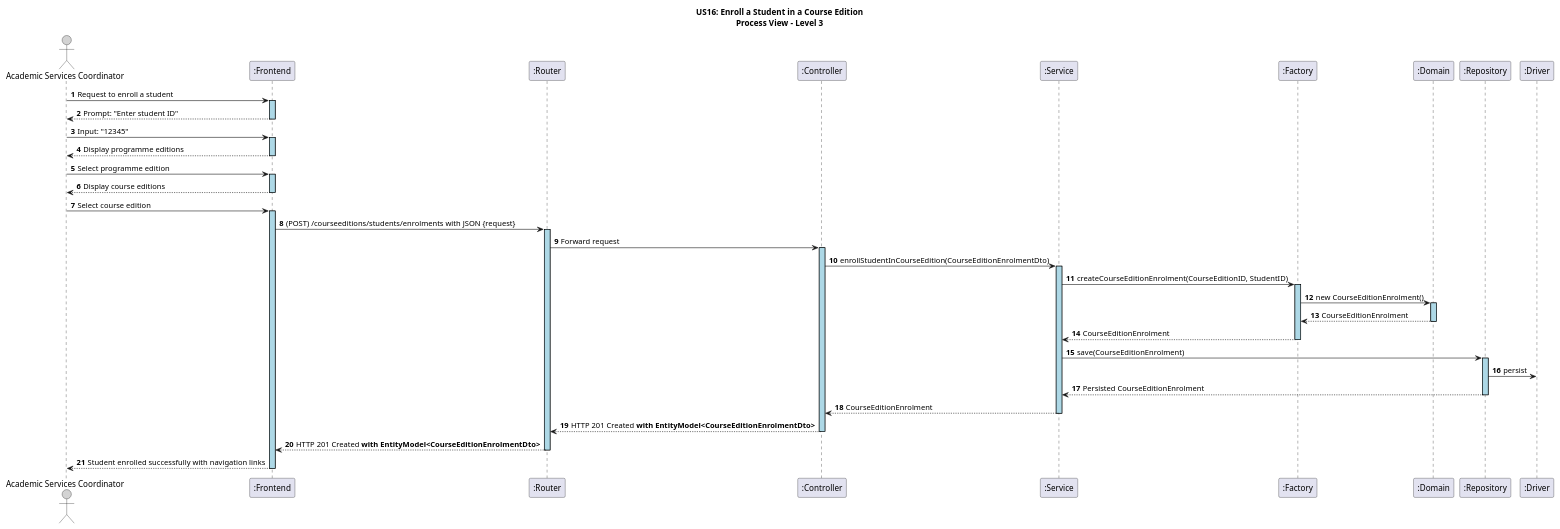
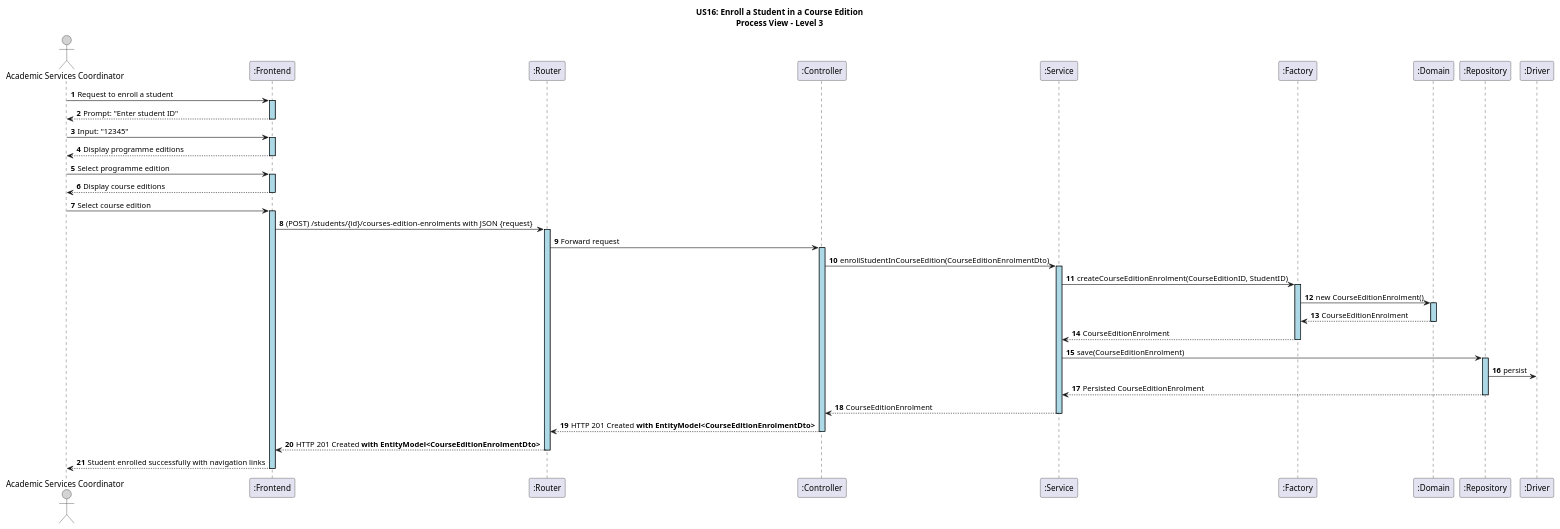
Before and after one commit to GasparISEP/DevOps-PAI: the diagram in docs/US16/sprint6_RestController/process_view/Level3.puml, drawn with PlantUML. The commit also changed 2 other files, not shown here.

Commit message:
docs (process): update endpoint paths in Level 3 and Level 4 process views for student course edition enrolments. refs #659

```diff
--- a/docs/US16/sprint6_RestController/process_view/Level3.puml
+++ b/docs/US16/sprint6_RestController/process_view/Level3.puml
@@ -1,52 +1,52 @@
 @startuml
 autonumber
 
 skinparam sequence {
     LifelineBorderColor black
     LifelineBackgroundColor LightBlue
     ActorBorderColor black
     ActorBackgroundColor LightGray
 }
 
 title US16: Enroll a Student in a Course Edition\nProcess View – Level 3
 
 actor ASC as "Academic Services Coordinator"
 participant ":Frontend" as FE
 participant ":Router" as RT
 participant ":Controller" as CT
 participant ":Service" as SE
 participant ":Factory" as FA
 participant ":Domain" as DM
 participant ":Repository" as RE
 participant ":Driver" as Driver
 
 ASC -> FE ++: Request to enroll a student
 FE --> ASC --: Prompt: "Enter student ID"
 ASC -> FE ++: Input: "12345"
 FE --> ASC --: Display programme editions
 ASC -> FE ++: Select programme edition
 FE --> ASC --: Display course editions
 ASC -> FE ++: Select course edition
 
-FE -> RT ++: (POST) /courseeditions/students/enrolments with JSON {request}
+FE -> RT ++: (POST) /students/{id}/courses-edition-enrolments with JSON {request}
 RT -> CT ++: Forward request
 
 CT -> SE ++: enrollStudentInCourseEdition(CourseEditionEnrolmentDto)
 
 SE -> FA ++: createCourseEditionEnrolment(CourseEditionID, StudentID)
 FA -> DM ++: new CourseEditionEnrolment()
 DM --> FA --: CourseEditionEnrolment
 FA --> SE --: CourseEditionEnrolment
 
 SE -> RE ++: save(CourseEditionEnrolment)
 RE -> Driver: persist
 RE --> SE --: Persisted CourseEditionEnrolment
 
 SE --> CT --: CourseEditionEnrolment
 
 CT --> RT --: HTTP 201 Created **with EntityModel<CourseEditionEnrolmentDto>**
 
 RT --> FE --: HTTP 201 Created **with EntityModel<CourseEditionEnrolmentDto>**
 FE --> ASC --: Student enrolled successfully with navigation links
 
 @enduml
```
